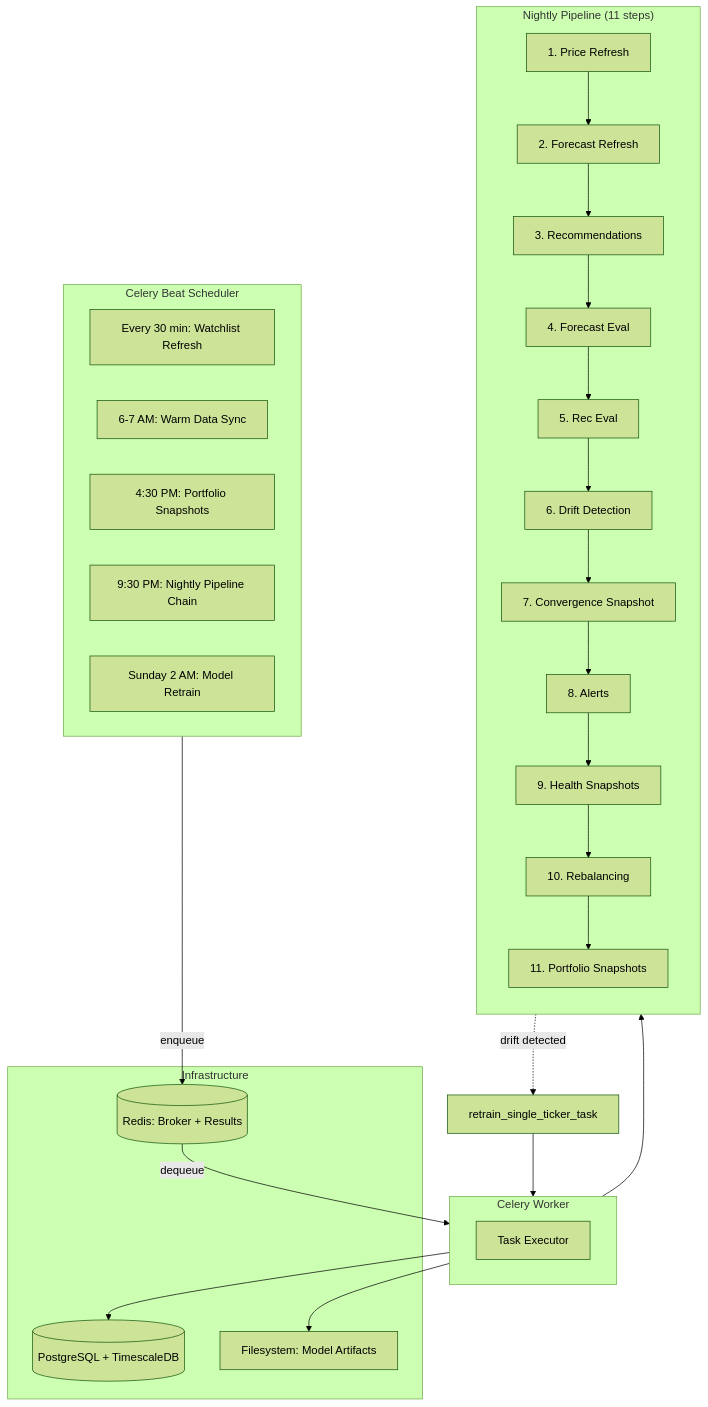
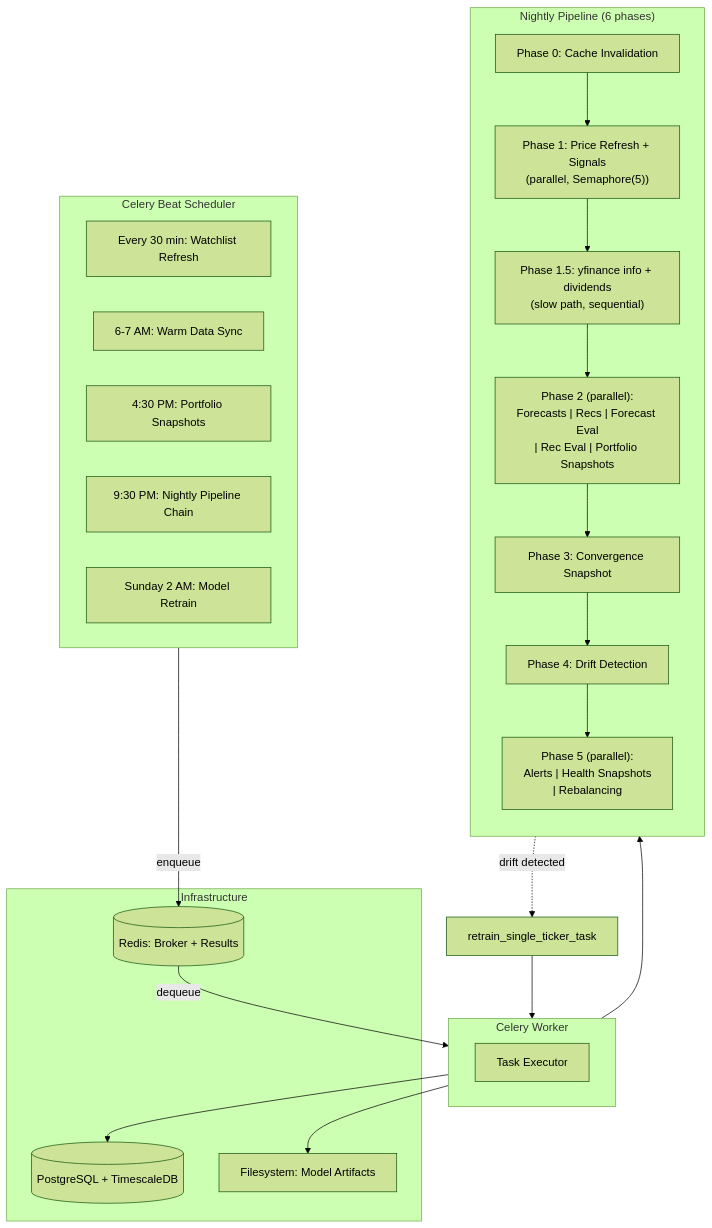
The fourth of 8 diagrams in docs/TDD.md (vipulbhatia29/stock-signal-platform), drawn with Mermaid (forest theme) before and after one commit. The commit also changed other lines of this file and 6 other files, not shown here.

````diff
--- a/docs/TDD.md
+++ b/docs/TDD.md
@@ -1387,42 +1476,40 @@
 ```mermaid
 flowchart TB
     subgraph Beat["Celery Beat Scheduler"]
         B1["Every 30 min: Watchlist Refresh"]
         B2["6-7 AM: Warm Data Sync"]
         B3["4:30 PM: Portfolio Snapshots"]
         B4["9:30 PM: Nightly Pipeline Chain"]
         B5["Sunday 2 AM: Model Retrain"]
     end
 
     subgraph Worker["Celery Worker"]
         W["Task Executor"]
     end
 
-    subgraph Chain["Nightly Pipeline (11 steps)"]
+    subgraph Chain["Nightly Pipeline (6 phases)"]
         direction TB
-        S1["1. Price Refresh"] --> S2["2. Forecast Refresh"]
-        S2 --> S3["3. Recommendations"]
-        S3 --> S4["4. Forecast Eval"]
-        S4 --> S5["5. Rec Eval"]
-        S5 --> S6["6. Drift Detection"]
-        S6 --> S7["7. Convergence Snapshot"]
-        S7 --> S8["8. Alerts"]
-        S8 --> S9["9. Health Snapshots"]
-        S9 --> S10["10. Rebalancing"]
-        S10 --> S11["11. Portfolio Snapshots"]
+        P0["Phase 0: Cache Invalidation"]
+        P1["Phase 1: Price Refresh + Signals<br/>(parallel, Semaphore(5))"]
+        P1_5["Phase 1.5: yfinance info + dividends<br/>(slow path, sequential)"]
+        P2["Phase 2 (parallel):<br/>Forecasts | Recs | Forecast Eval<br/>| Rec Eval | Portfolio Snapshots"]
+        P3["Phase 3: Convergence Snapshot"]
+        P4["Phase 4: Drift Detection"]
+        P5["Phase 5 (parallel):<br/>Alerts | Health Snapshots<br/>| Rebalancing"]
+        P0 --> P1 --> P1_5 --> P2 --> P3 --> P4 --> P5
     end
 
     subgraph Infra["Infrastructure"]
         Redis[("Redis: Broker + Results")]
         PG[("PostgreSQL + TimescaleDB")]
         FS["Filesystem: Model Artifacts"]
     end
 
     Beat -->|enqueue| Redis
     Redis -->|dequeue| Worker
     Worker --> Chain
     Worker --> PG
     Worker --> FS
-    S6 -.->|"drift detected"| RT["retrain_single_ticker_task"]
+    P4 -.->|"drift detected"| RT["retrain_single_ticker_task"]
     RT --> Worker
 ```
````
